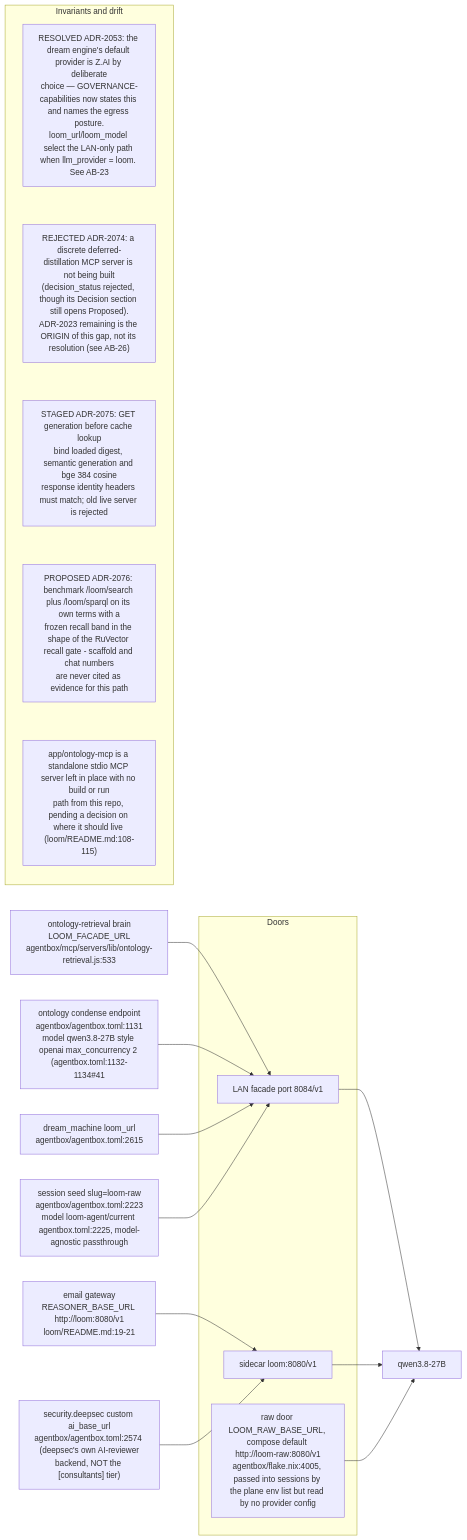
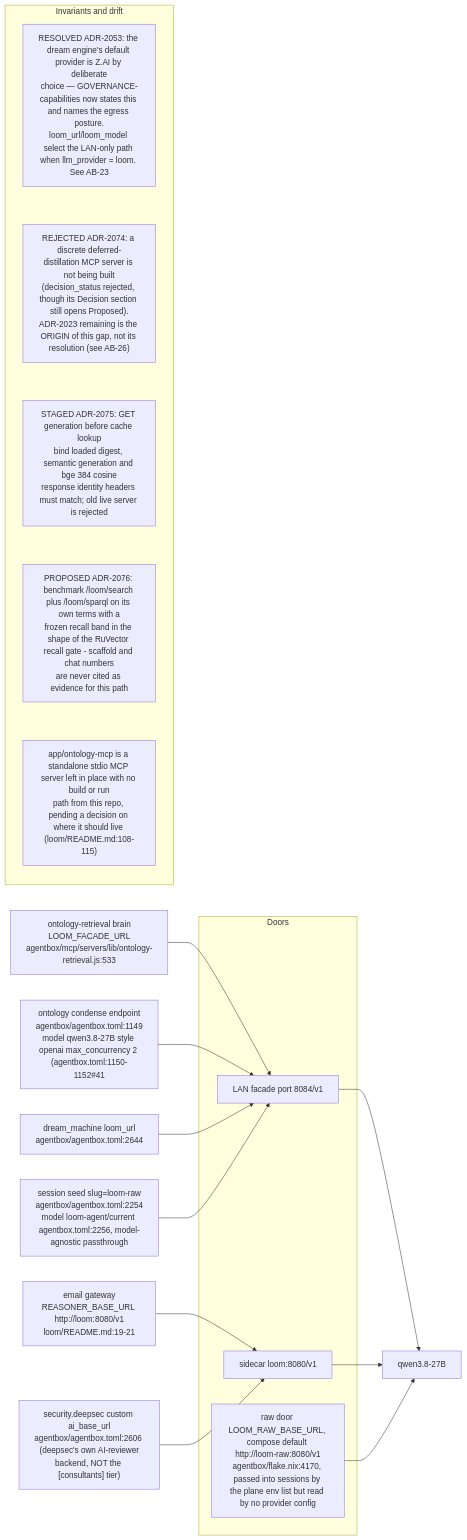
Before and after one commit to DreamLab-AI/VisionFlow: the eighth of 14 diagrams in docs/diagrams/agentbox/24-loom-facade.md, drawn with Mermaid. The commit also changed other lines of this file and 12 other files, not shown here.

````diff
--- a/docs/diagrams/agentbox/24-loom-facade.md
+++ b/docs/diagrams/agentbox/24-loom-facade.md
@@ -338,26 +338,26 @@
 ```mermaid
 flowchart LR
     subgraph doors["Doors"]
         D84["LAN facade port 8084/v1"]
         D80["sidecar loom:8080/v1"]
-        D85["raw door LOOM_RAW_BASE_URL, compose default http://loom-raw:8080/v1<br/>agentbox/flake.nix:4005, passed into sessions by the plane env list but read by no provider config"]
+        D85["raw door LOOM_RAW_BASE_URL, compose default http://loom-raw:8080/v1<br/>agentbox/flake.nix:4170, passed into sessions by the plane env list but read by no provider config"]
     end
     RET["ontology-retrieval brain<br/>LOOM_FACADE_URL<br/>agentbox/mcp/servers/lib/ontology-retrieval.js:533"] --> D84
-    COND["ontology condense endpoint<br/>agentbox/agentbox.toml:1131<br/>model qwen3.8-27B style openai max_concurrency 2 #40;agentbox.toml:1132-1134#41;"] --> D84
-    DREAM["dream_machine loom_url<br/>agentbox/agentbox.toml:2615"] --> D84
-    SEEDR["session seed slug=loom-raw<br/>agentbox/agentbox.toml:2223<br/>model loom-agent/current agentbox.toml:2225, model-agnostic passthrough"] --> D84
+    COND["ontology condense endpoint<br/>agentbox/agentbox.toml:1149<br/>model qwen3.8-27B style openai max_concurrency 2 #40;agentbox.toml:1150-1152#41;"] --> D84
+    DREAM["dream_machine loom_url<br/>agentbox/agentbox.toml:2644"] --> D84
+    SEEDR["session seed slug=loom-raw<br/>agentbox/agentbox.toml:2254<br/>model loom-agent/current agentbox.toml:2256, model-agnostic passthrough"] --> D84
     EMAIL["email gateway<br/>REASONER_BASE_URL http://loom:8080/v1<br/>loom/README.md:19-21"] --> D80
-    CUST["security.deepsec custom ai_base_url<br/>agentbox/agentbox.toml:2574 #40;deepsec#39;s own AI-reviewer<br/>backend, NOT the #91;consultants#93; tier#41;"] --> D80
+    CUST["security.deepsec custom ai_base_url<br/>agentbox/agentbox.toml:2606 #40;deepsec#39;s own AI-reviewer<br/>backend, NOT the #91;consultants#93; tier#41;"] --> D80
     D84 --> M["qwen3.8-27B"]
     D80 --> M
     D85 --> M
     subgraph notes["Invariants and drift"]
         direction TB
         N1["RESOLVED ADR-2053: the dream engine's default provider is Z.AI by deliberate<br/>choice — GOVERNANCE-capabilities now states this and names the egress posture.<br/>loom_url/loom_model select the LAN-only path when llm_provider = loom. See AB-23"]
         N2["REJECTED ADR-2074: a discrete deferred-distillation MCP server is not being built<br/>(decision_status rejected, though its Decision section still opens Proposed).<br/>ADR-2023 remaining is the ORIGIN of this gap, not its resolution (see AB-26)"]
         N3["STAGED ADR-2075: GET generation before cache lookup<br/>bind loaded digest, semantic generation and bge 384 cosine<br/>response identity headers must match; old live server is rejected"]
         N4["PROPOSED ADR-2076: benchmark /loom/search plus /loom/sparql on its own terms with a<br/>frozen recall band in the shape of the RuVector recall gate - scaffold and chat numbers<br/>are never cited as evidence for this path"]
         N5["app/ontology-mcp is a standalone stdio MCP server left in place with no build or run<br/>path from this repo, pending a decision on where it should live (loom/README.md:108-115)"]
         N1 ~~~ N2 ~~~ N3 ~~~ N4 ~~~ N5
     end
 ```
````
